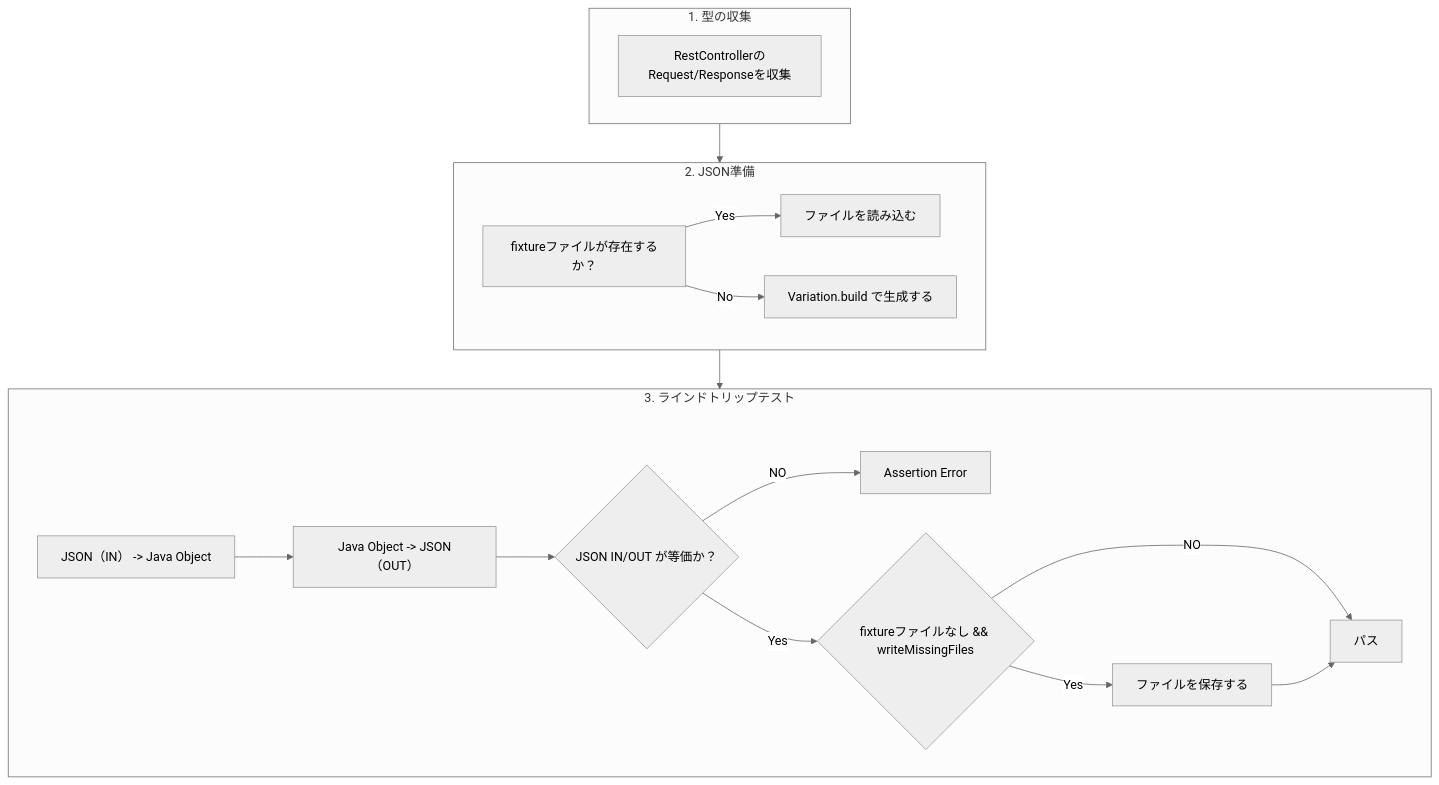
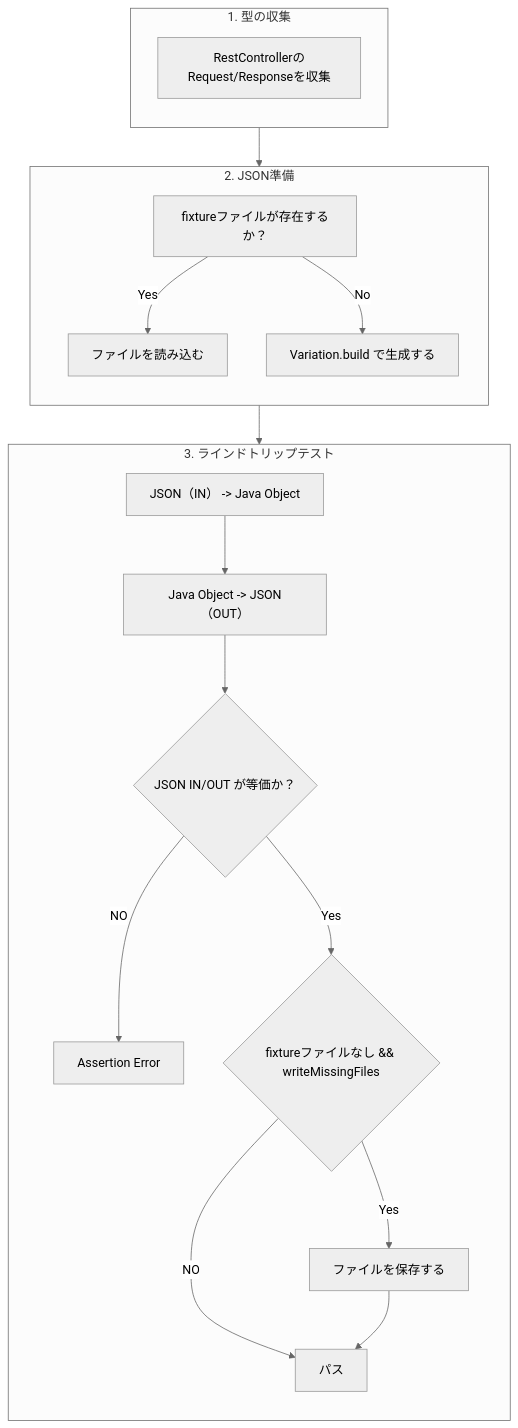
One commit to irof/spring-payload-binding-test changed the diagram in README.md. Above: the diagram before and after it, drawn with Mermaid (neutral theme).

Commit message:
revert: change direction in mermaid diagram from TD to TB in README.md

````diff
--- a/README.md
+++ b/README.md
@@ -10,28 +10,31 @@
 ```mermaid
-flowchart TD
+flowchart TB
   subgraph Collection[1. 型の収集]
+    direction TB
     C1[RestControllerのRequest/Responseを収集]
   end
 
   subgraph Prepare[2. JSON準備]
+    direction TB
     E1["fixtureファイルが存在するか？"]
     E1 -- Yes --> E2-1[ファイルを読み込む]
     E1 -- No --> E2-2[Variation.build で生成する]
   end
 
   subgraph Execution[3. ラインドトリップテスト]
+    direction TB
     T1["JSON（IN） -> Java Object"]
     T2["Java Object -> JSON（OUT）"]
     TC{"JSON IN/OUT が等価か？"}
     T1 --> T2 --> TC
     TC -- NO --> T_error[Assertion Error]
     TC -- Yes --> TW{"fixtureファイルなし && writeMissingFiles"}
     T_success["パス"]
     TW -- NO --> T_success
     TW -- Yes --> T_write["ファイルを保存する"]
     T_write --> T_success
   end
 
   Collection --> Prepare
   Prepare --> Execution
 ```
````
